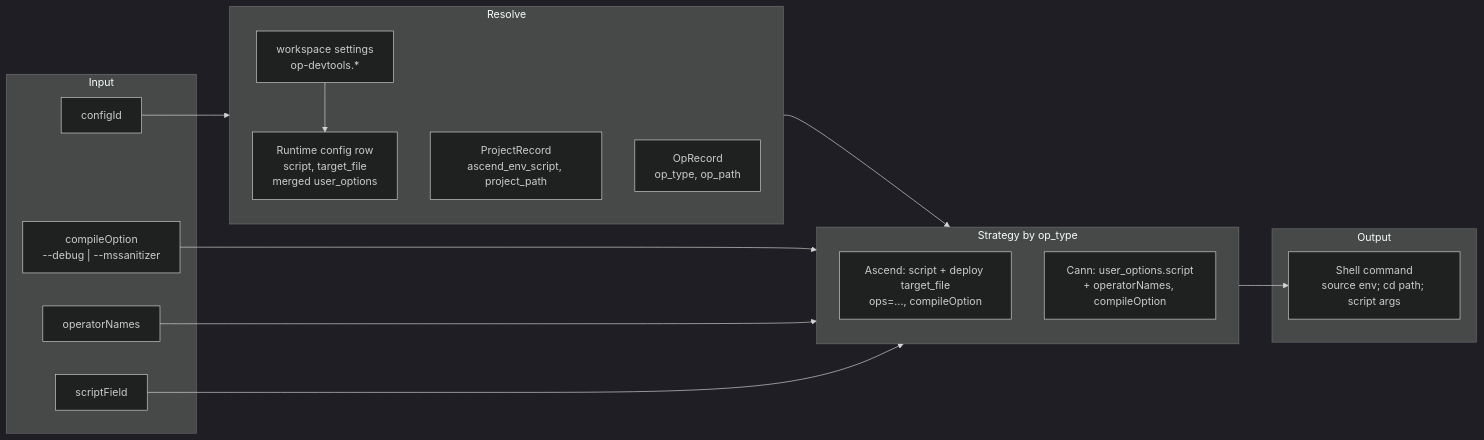
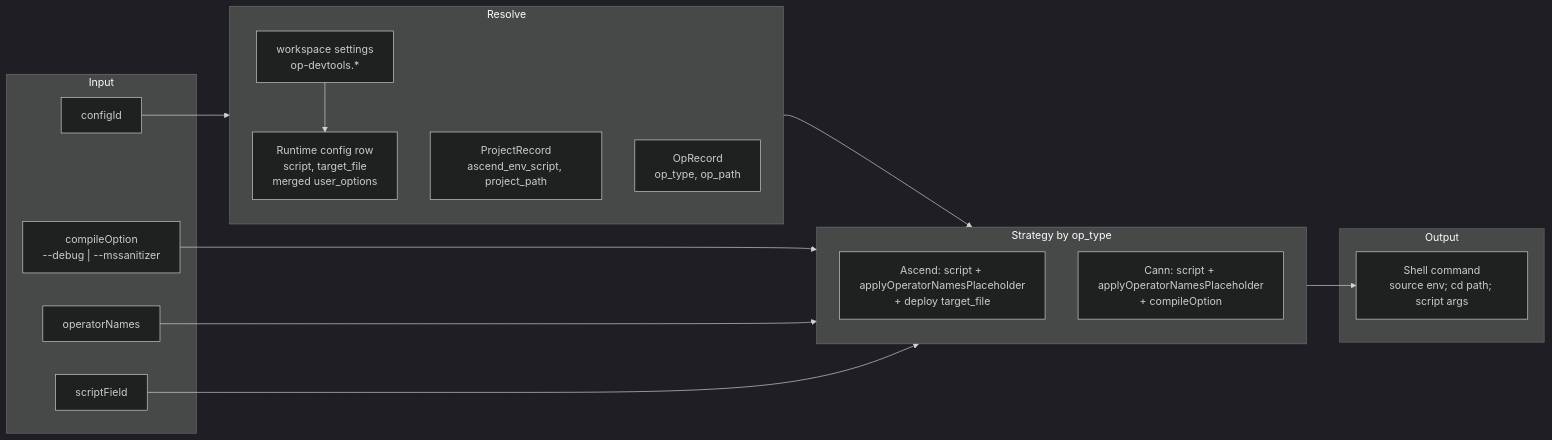
The fourth of 5 diagrams in docs/build-integration.md (IdeFrontend/opdev_plugin), drawn with Mermaid (dark theme) before and after one commit. The commit also changed other lines of this file and 23 other files, not shown here.

First line of the commit message:
fix(build): unify --ops={operatorNames} for standard-custom ascend flows

````diff
--- a/docs/build-integration.md
+++ b/docs/build-integration.md
@@ -188,34 +202,34 @@
 ```mermaid
 flowchart LR
   subgraph Input["Input"]
     ConfigId["configId"]
     CompileOpt["compileOption\n--debug | --mssanitizer"]
     OperatorNames["operatorNames"]
     ScriptField["scriptField"]
   end
 
   subgraph Resolve["Resolve"]
     WS["workspace settings\nop-devtools.*"]
     Config["Runtime config row\nscript, target_file\nmerged user_options"]
     Project["ProjectRecord\nascend_env_script, project_path"]
     Operator["OpRecord\nop_type, op_path"]
   end
 
   WS --> Config
 
   subgraph Strategy["Strategy by op_type"]
-    Ascend["Ascend: script + deploy target_file\nops=..., compileOption"]
-    Cann["Cann: user_options.script\n+ operatorNames, compileOption"]
+    Ascend["Ascend: script + applyOperatorNamesPlaceholder\n+ deploy target_file"]
+    Cann["Cann: script + applyOperatorNamesPlaceholder\n+ compileOption"]
   end
 
   subgraph Out["Output"]
     Cmd["Shell command\nsource env; cd path; script args"]
   end
 
   ConfigId --> Resolve
   Resolve --> Strategy
   CompileOpt --> Strategy
   OperatorNames --> Strategy
   ScriptField --> Strategy
   Strategy --> Cmd
 ```
````
